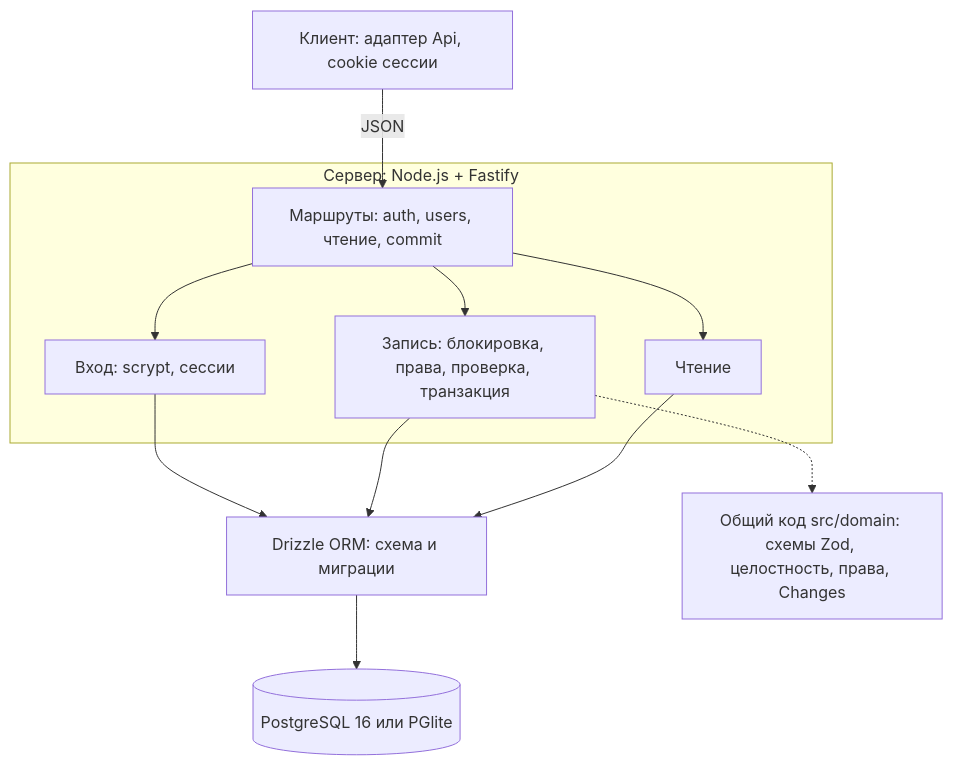
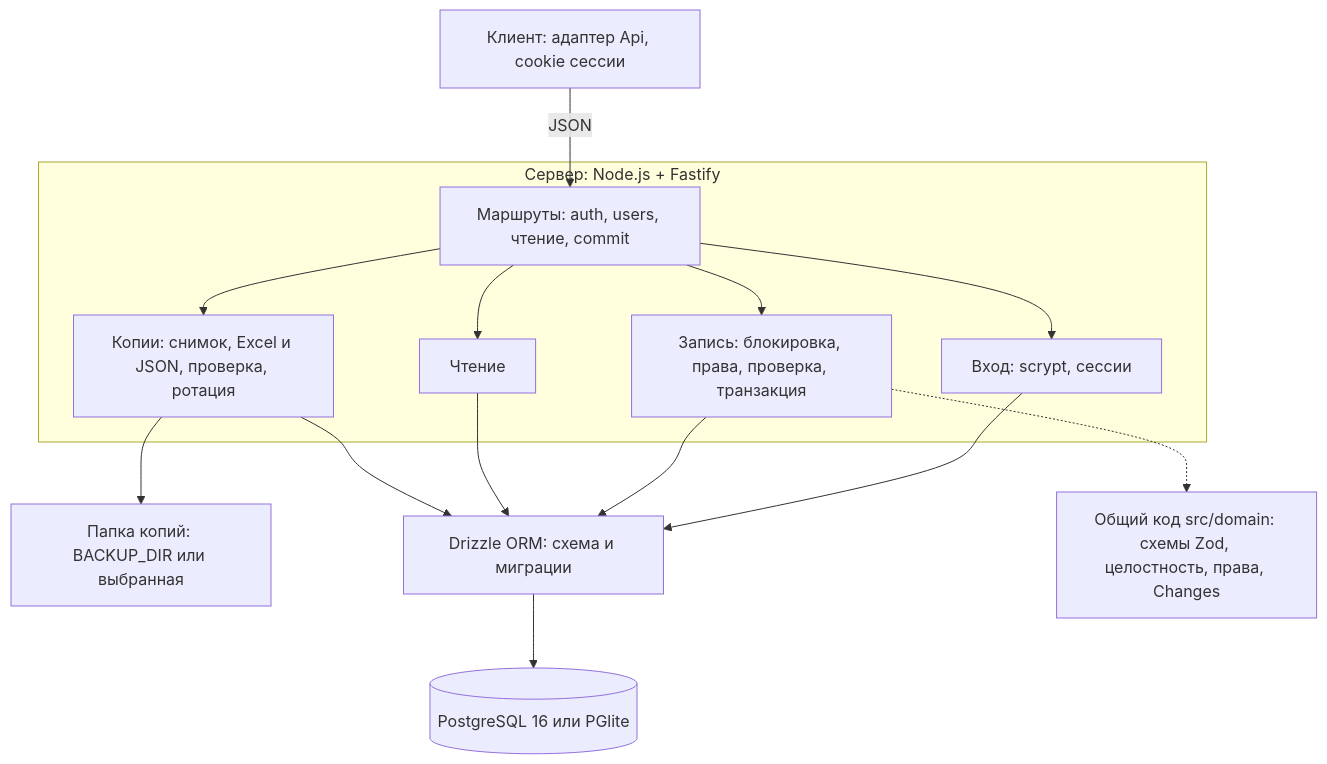
Before and after one commit to TimurNazmutdinov/team-tracker: the fourth of 8 diagrams in docs/architecture.md, drawn with Mermaid. The commit also changed other lines of this file and 15 other files, not shown here.

First line of the commit message:
docs: ADR-012 «Резервные копии», README, архитектура, возможности, Docker (pg_dump, том копий), PDF v0.10

````diff
--- a/docs/architecture.md
+++ b/docs/architecture.md
@@ -125,22 +125,27 @@
 ```mermaid
 flowchart TD
     C[Клиент: адаптер Api, cookie сессии]
     subgraph Srv[Сервер: Node.js + Fastify]
         R[Маршруты: auth, users, чтение, commit]
         A[Вход: scrypt, сессии]
         W[Запись: блокировка, права, проверка, транзакция]
         Q[Чтение]
+        B[Копии: снимок, Excel и JSON, проверка, ротация]
     end
+    F[Папка копий: BACKUP_DIR или выбранная]
     O[Drizzle ORM: схема и миграции]
     P[(PostgreSQL 16 или PGlite)]
     D[Общий код src/domain: схемы Zod, целостность, права, Changes]
     C -->|JSON| R
     R --> A
     R --> W
     R --> Q
+    R --> B
     A --> O
     W --> O
     Q --> O
+    B --> O
+    B --> F
     O --> P
     W -.-> D
 ```
````
